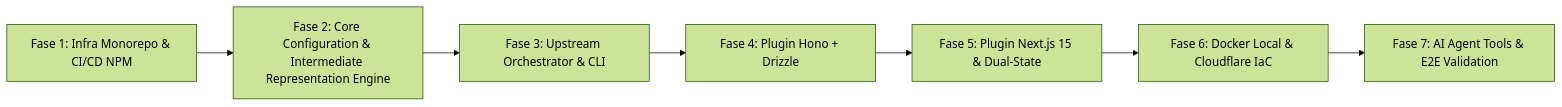
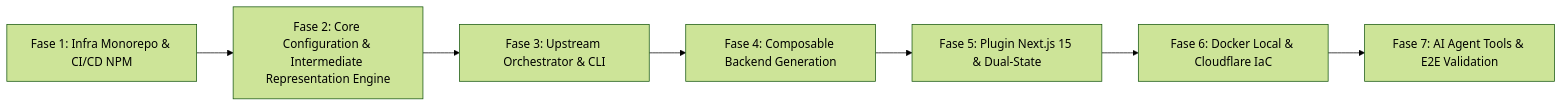
The diagram in docs/IMPLEMENTATION_PLAN.md (NordixTech/NordixGen), drawn with Mermaid (forest theme) before and after one commit. The commit also changed other lines of this file and 2 other files, not shown here.

Commit message:
docs: plan modular phase 4 backend generation

````diff
--- a/docs/IMPLEMENTATION_PLAN.md
+++ b/docs/IMPLEMENTATION_PLAN.md
@@ -10,9 +10,9 @@
 ```mermaid
 flowchart LR
     Fase1["Fase 1: Infra Monorepo & CI/CD NPM"] --> Fase2["Fase 2: Core Configuration & Intermediate Representation Engine"]
     Fase2 --> Fase3["Fase 3: Upstream Orchestrator & CLI"]
-    Fase3 --> Fase4["Fase 4: Plugin Hono + Drizzle"]
+    Fase3 --> Fase4["Fase 4: Composable Backend Generation"]
     Fase4 --> Fase5["Fase 5: Plugin Next.js 15 & Dual-State"]
     Fase5 --> Fase6["Fase 6: Docker Local & Cloudflare IaC"]
     Fase6 --> Fase7["Fase 7: AI Agent Tools & E2E Validation"]
 ```
````
